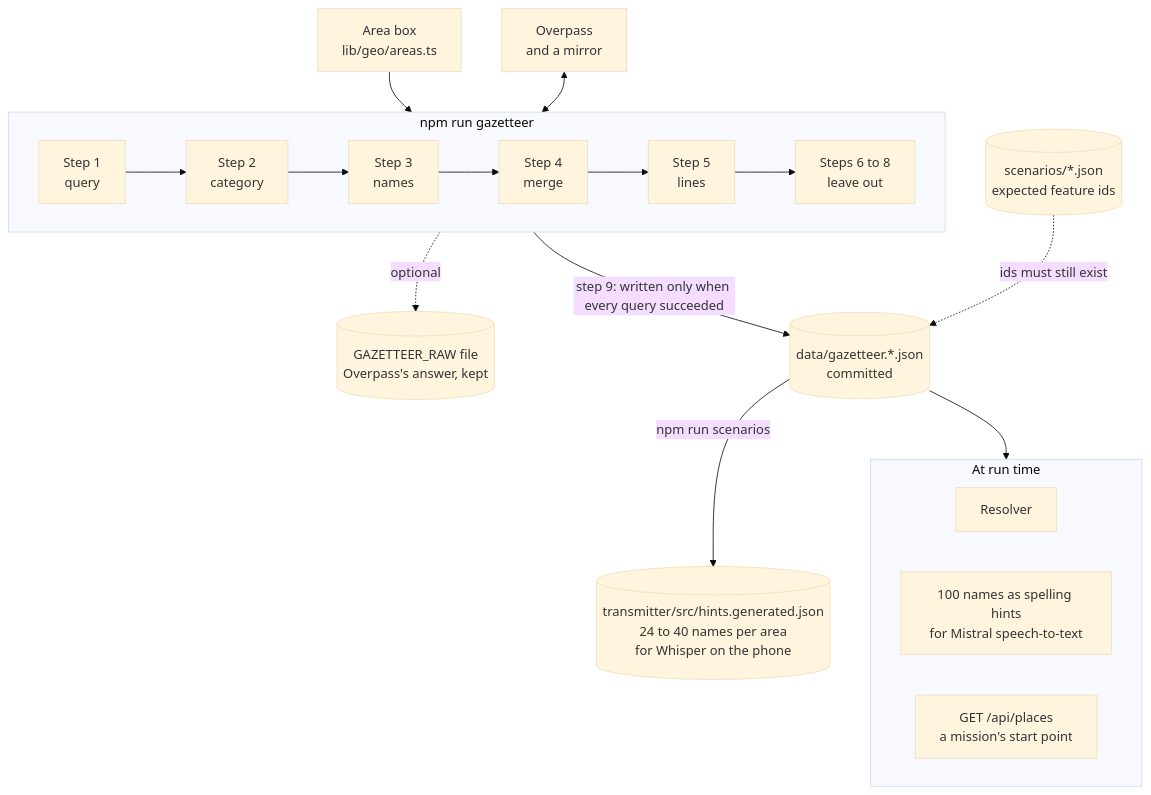
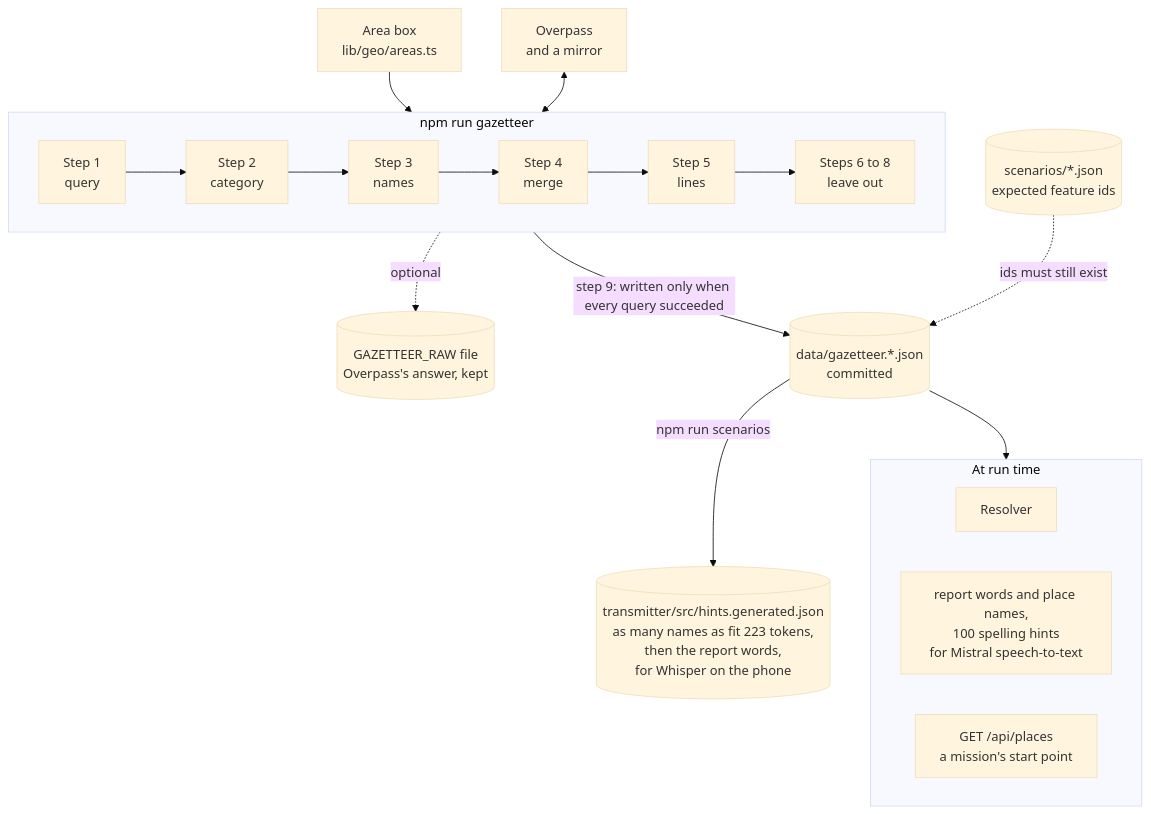
One commit to adam2765/edth-hackathon changed the diagram in docs/gazetteer.md. Above: the diagram before and after it, drawn with Mermaid (base theme). The commit also changed other lines of this file and 12 other files, not shown here.

First line of the commit message:
Speech-to-text: report words in the hints; the phone's prompt fitted to Whisper's 223 tokens

````diff
--- a/docs/gazetteer.md
+++ b/docs/gazetteer.md
@@ -21,31 +21,31 @@
 ```mermaid
 flowchart TB
     BOX["Area box<br/>lib/geo/areas.ts"]
     OVP["Overpass<br/>and a mirror"]
     RAW[("GAZETTEER_RAW file<br/>Overpass's answer, kept")]
 
     subgraph BUILD["npm run gazetteer"]
         direction LR
         Q["Step 1<br/>query"] --> CAT["Step 2<br/>category"] --> NAMES["Step 3<br/>names"] --> MERGE["Step 4<br/>merge"] --> LINES["Step 5<br/>lines"] --> DROP["Steps 6 to 8<br/>leave out"]
     end
 
     FILE[("data/gazetteer.*.json<br/>committed")]
 
     subgraph RUN["At run time"]
         direction LR
         RES["Resolver"]
-        BIAS["100 names as spelling hints<br/>for Mistral speech-to-text"]
+        BIAS["report words and place names,<br/>100 spelling hints<br/>for Mistral speech-to-text"]
         PLACES["GET /api/places<br/>a mission's start point"]
     end
 
-    HINTS[("transmitter/src/hints.generated.json<br/>24 to 40 names per area<br/>for Whisper on the phone")]
+    HINTS[("transmitter/src/hints.generated.json<br/>as many names as fit 223 tokens,<br/>then the report words,<br/>for Whisper on the phone")]
     SCN[("scenarios/*.json<br/>expected feature ids")]
 
     BOX --> BUILD
     OVP <--> BUILD
     BUILD -. "optional" .-> RAW
     BUILD -- "step 9: written only when every query succeeded" --> FILE
     FILE --> RUN
     FILE -- "npm run scenarios" --> HINTS
     SCN -. "ids must still exist" .-> FILE
 ```
````
